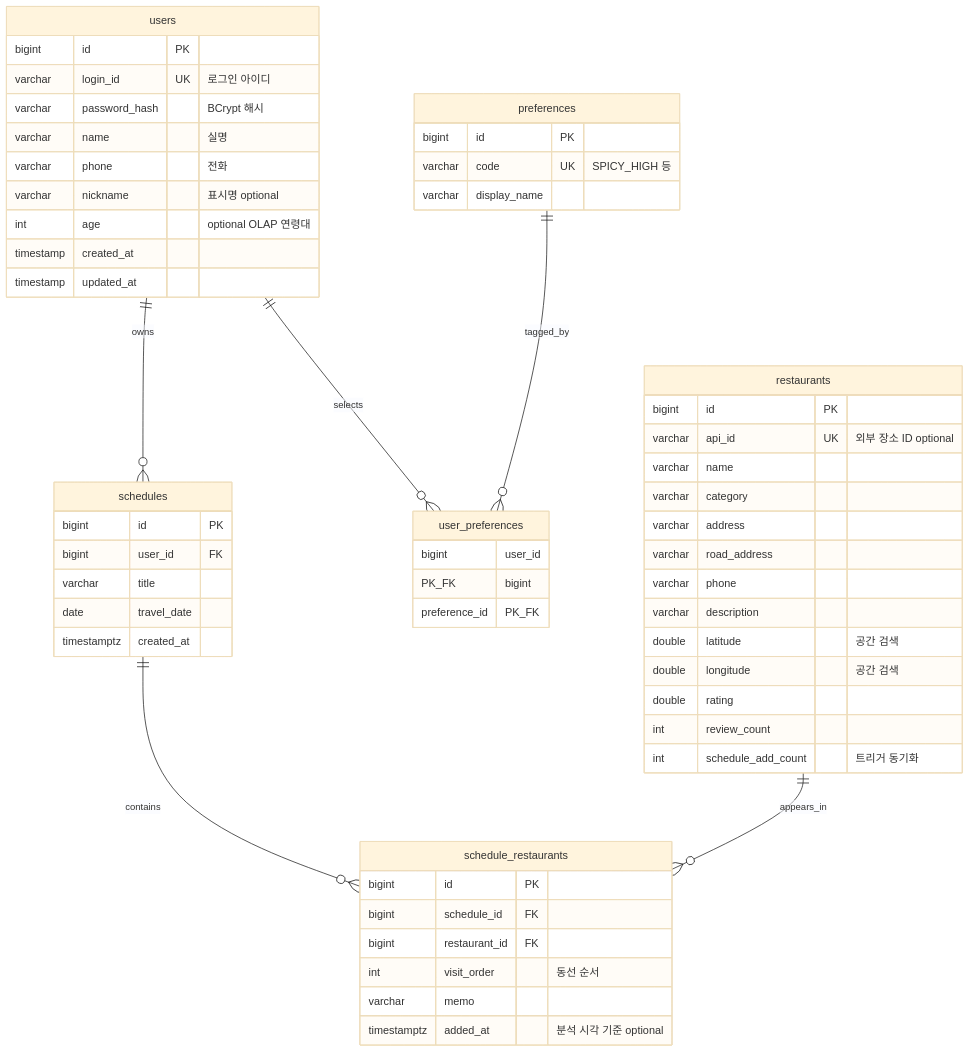
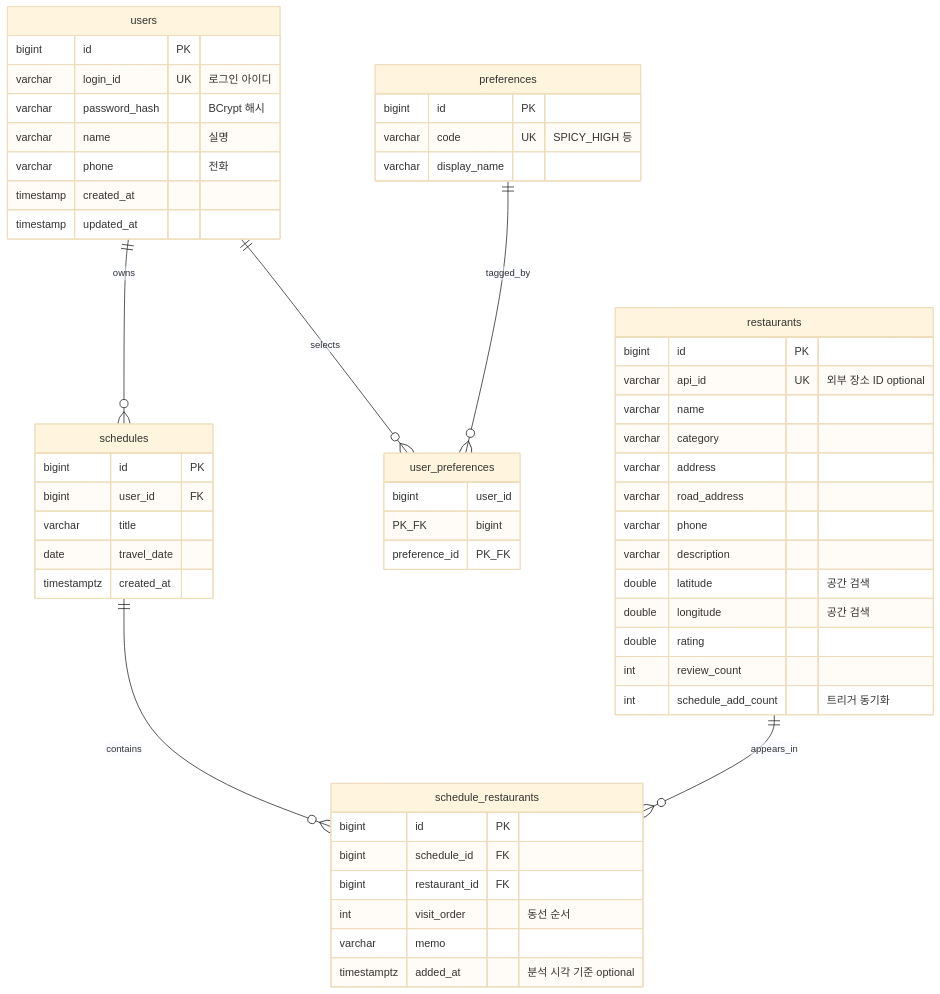
The diagram in docs/erd.md (db-matzip-project/matzip-backend), drawn with Mermaid (base theme) before and after one commit. The commit also changed 20 other files, not shown here.

````diff
--- a/docs/erd.md
+++ b/docs/erd.md
@@ -9,64 +9,62 @@
 ```mermaid
 erDiagram
     users ||--o{ schedules : owns
     users ||--o{ user_preferences : selects
     preferences ||--o{ user_preferences : tagged_by
     schedules ||--o{ schedule_restaurants : contains
     restaurants ||--o{ schedule_restaurants : appears_in
 
     users {
         bigint id PK
         varchar login_id UK "로그인 아이디"
         varchar password_hash "BCrypt 해시"
         varchar name "실명"
         varchar phone "전화"
-        varchar nickname "표시명 optional"
-        int age "optional OLAP 연령대"
         timestamp created_at
         timestamp updated_at
     }
 
     preferences {
         bigint id PK
         varchar code UK "SPICY_HIGH 등"
         varchar display_name
     }
 
     user_preferences {
         bigint user_id PK_FK
         bigint preference_id PK_FK
     }
 
     restaurants {
         bigint id PK
         varchar api_id UK "외부 장소 ID optional"
         varchar name
         varchar category
         varchar address
         varchar road_address
         varchar phone
         varchar description
         double latitude "공간 검색"
         double longitude "공간 검색"
         double rating
         int review_count
         int schedule_add_count "트리거 동기화"
     }
 
     schedules {
         bigint id PK
         bigint user_id FK
         varchar title
         date travel_date
         timestamptz created_at
     }
 
     schedule_restaurants {
         bigint id PK
         bigint schedule_id FK
         bigint restaurant_id FK
         int visit_order "동선 순서"
         varchar memo
         timestamptz added_at "분석 시각 기준 optional"
     }
 ```
````
